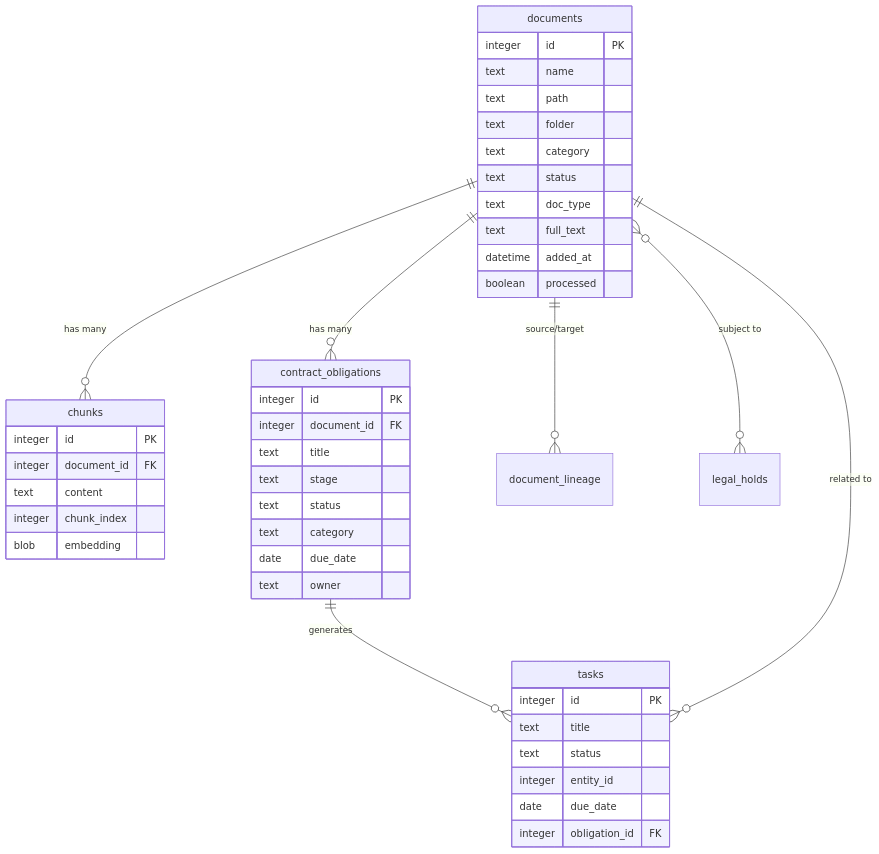
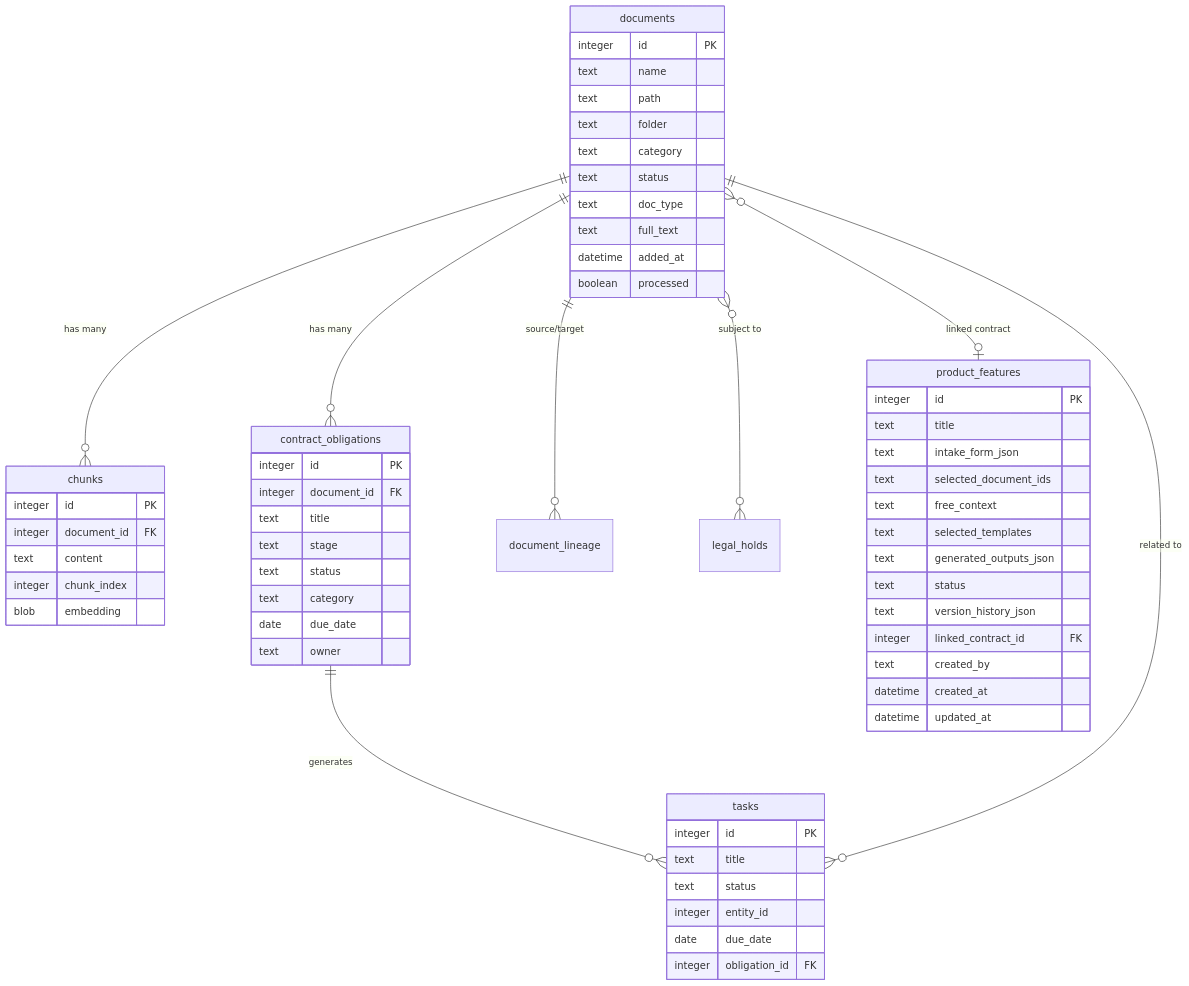
The diagram in docs/database-schema.md (Misserro/compliancea), drawn with Mermaid before and after one commit. The commit also changed other lines of this file, not shown here.

Commit message:
docs: add product_features table to database schema documentation

````diff
--- a/docs/database-schema.md
+++ b/docs/database-schema.md
@@ -7,50 +7,67 @@
 ```mermaid
 erDiagram
     documents ||--o{ chunks : "has many"
     documents ||--o{ contract_obligations : "has many"
     documents ||--o{ document_lineage : "source/target"
     contract_obligations ||--o{ tasks : "generates"
     documents ||--o{ tasks : "related to"
     documents }o--o{ legal_holds : "subject to"
+    documents }o--o| product_features : "linked contract"
 
     documents {
         integer id PK
         text name
         text path
         text folder
         text category
         text status
         text doc_type
         text full_text
         datetime added_at
         boolean processed
     }
 
     chunks {
         integer id PK
         integer document_id FK
         text content
         integer chunk_index
         blob embedding
     }
 
     contract_obligations {
         integer id PK
         integer document_id FK
         text title
         text stage
         text status
         text category
         date due_date
         text owner
     }
 
     tasks {
         integer id PK
         text title
         text status
         integer entity_id
         date due_date
         integer obligation_id FK
     }
+
+    product_features {
+        integer id PK
+        text title
+        text intake_form_json
+        text selected_document_ids
+        text free_context
+        text selected_templates
+        text generated_outputs_json
+        text status
+        text version_history_json
+        integer linked_contract_id FK
+        text created_by
+        datetime created_at
+        datetime updated_at
+    }
 ```
````
